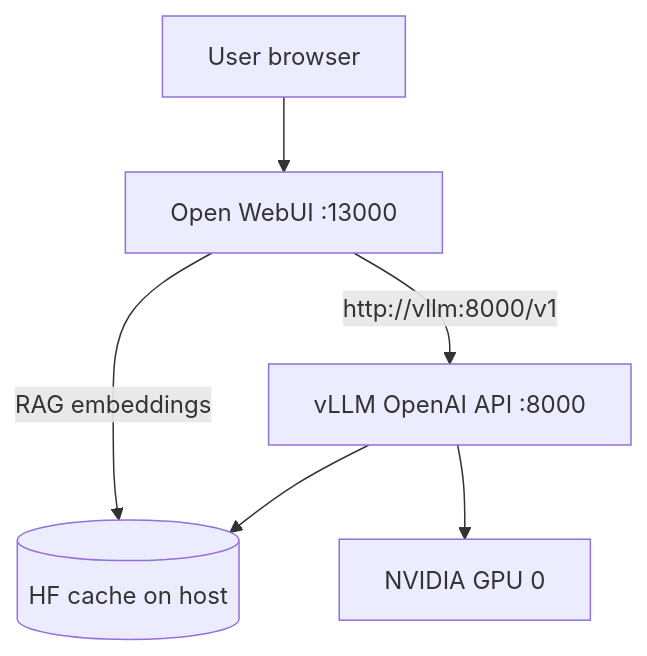
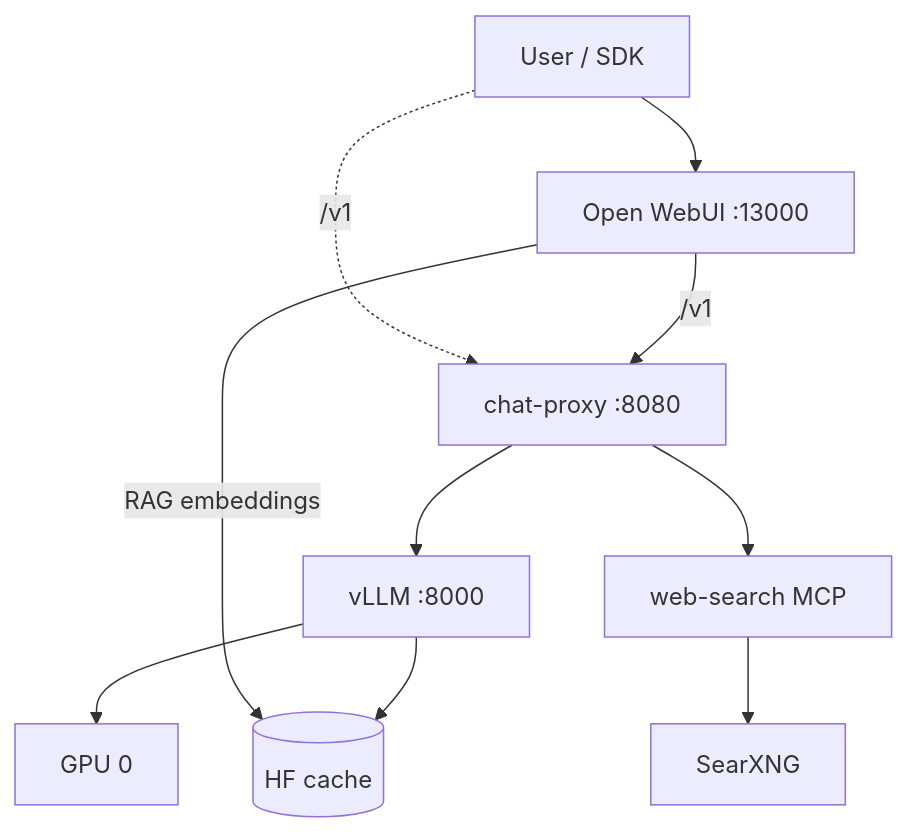
Before and after one commit to pueraeternis/chat-ai: the diagram in docs/ARCHITECTURE.md, drawn with Mermaid. The commit also changed other lines of this file and 4 other files, not shown here.

First line of the commit message:
docs: record plan 02 chat-proxy API and VL inference decisions

````diff
--- a/docs/ARCHITECTURE.md
+++ b/docs/ARCHITECTURE.md
@@ -17,14 +20,21 @@
 ```mermaid
 flowchart TB
-  User[User browser]
+  User[User / SDK]
   OW[Open WebUI :13000]
-  VLLM[vLLM OpenAI API :8000]
-  HF[(HF cache on host)]
-  GPU[NVIDIA GPU 0]
+  Proxy[chat-proxy :8080]
+  VLLM[vLLM :8000]
+  MCP[web-search MCP]
+  SX[SearXNG]
+  HF[(HF cache)]
+  GPU[GPU 0]
 
   User --> OW
-  OW -->|http://vllm:8000/v1| VLLM
+  OW -->|/v1| Proxy
+  User -.->|/v1| Proxy
+  Proxy --> VLLM
+  Proxy --> MCP
+  MCP --> SX
   VLLM --> HF
   VLLM --> GPU
   OW -->|RAG embeddings| HF
 ```
````
